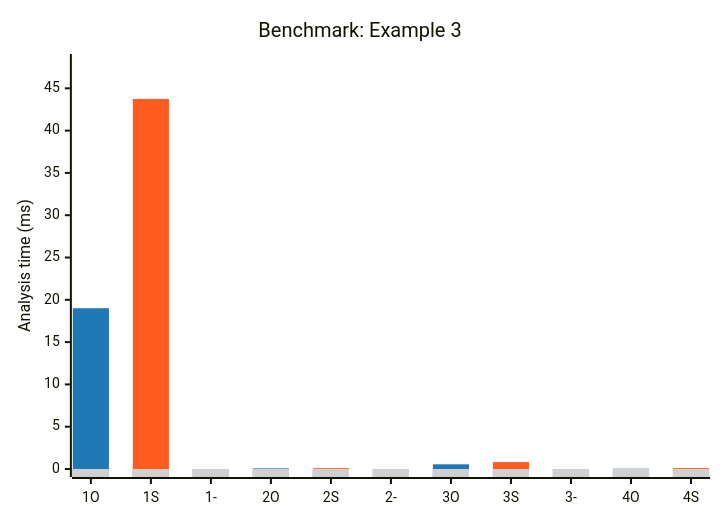
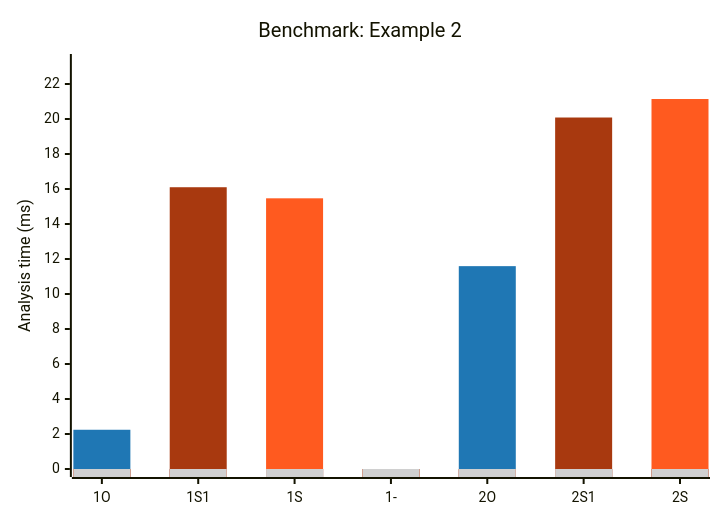
Before and after one commit to NathanaelRea/Strut: the fifth of 9 diagrams in docs/benchmark-opensees-examples.md, drawn with Mermaid. The commit also changed other lines of this file and 66 other files, not shown here.

````diff
--- a/docs/benchmark-opensees-examples.md
+++ b/docs/benchmark-opensees-examples.md
@@ -55,15 +124,16 @@
 ```mermaid
 ---
 config:
   themeVariables:
     xyChart:
-      plotColorPalette: '#1f77b4, #FF5A1F, #d0d0d0'
+      plotColorPalette: '#1f77b4, #a8390f, #FF5A1F, #d0d0d0'
 ---
 xychart-beta
-    title "Benchmark: Example 3"
-    x-axis ["1O", "1S", "1-", "2O", "2S", "2-", "3O", "3S", "3-", "4O", "4S"]
-    y-axis "Analysis time (ms)" 0 --> 48.110
-    bar "OS" [19.006, 0.0, 0.0, 0.072, 0.0, 0.0, 0.553, 0.0, 0.0, 0.033, 0.0]
-    bar "STR" [0.0, 43.736, 0.0, 0.0, 0.095, 0.0, 0.0, 0.812, 0.0, 0.0, 0.105]
-    bar "mask" [0.0, 0.0, 0.0, 0.0, 0.0, 0.0, 0.0, 0.0, 0.0, 0.0, 0.0]
+    title "Benchmark: Example 2"
+    x-axis ["1O", "1S1", "1S", "1-", "2O", "2S1", "2S"]
+    y-axis "Analysis time (ms)" 0 --> 23.256
+    bar "OS" [2.242, 0.0, 0.0, 0.0, 11.591, 0.0, 0.0]
+    bar "STR1" [0.0, 16.100, 0.0, 0.0, 0.0, 20.084, 0.0]
+    bar "STR" [0.0, 0.0, 15.467, 0.0, 0.0, 0.0, 21.141]
+    bar "mask" [0.0, 0.0, 0.0, 0.0, 0.0, 0.0, 0.0]
 ```
````
